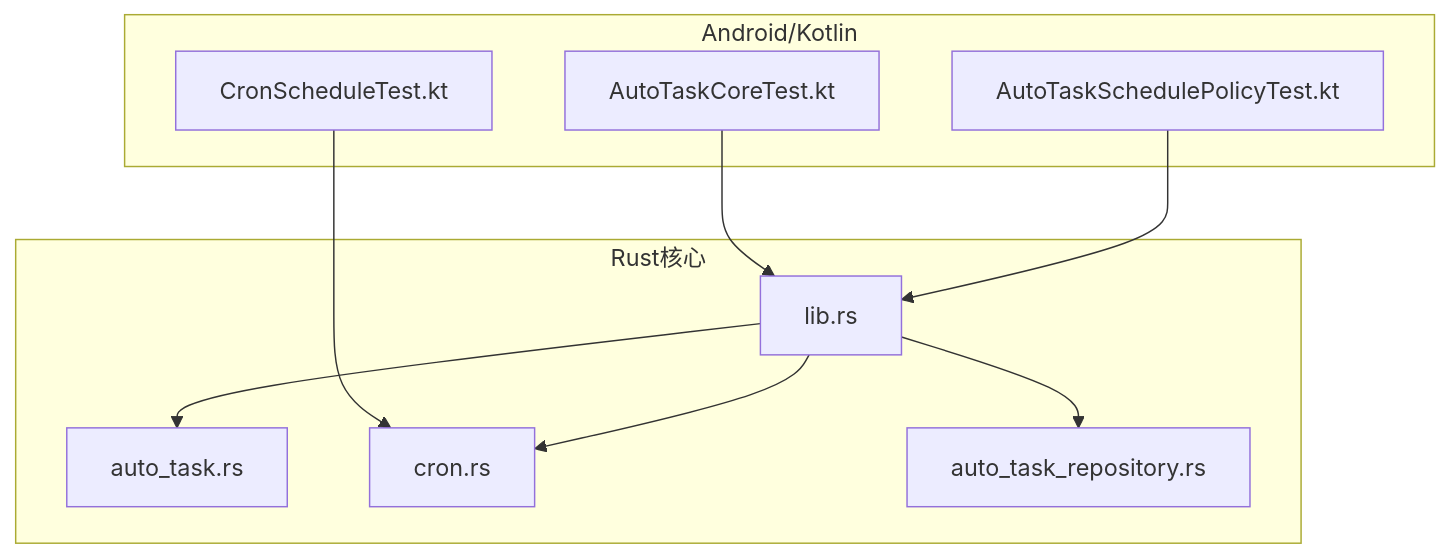
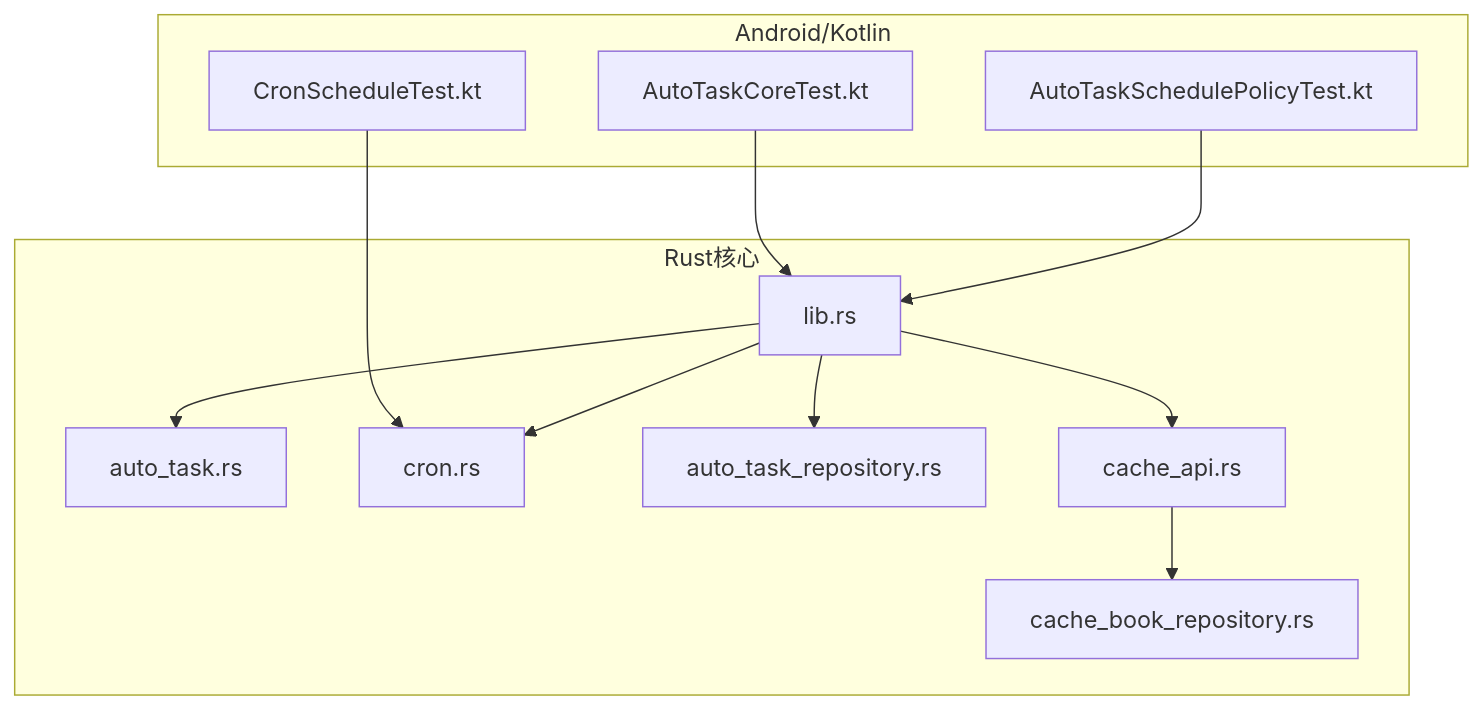
The first of 7 diagrams in .qoder/repowiki/zh/content/同步服务/自动任务调度.md (ZhangGHGitHub/LegadoTeamFlutter), drawn with Mermaid before and after one commit. The commit also changed other lines of this file and 173 other files, not shown here.

````diff
--- a/.qoder/repowiki/zh/content/同步服务/自动任务调度.md
+++ b/.qoder/repowiki/zh/content/同步服务/自动任务调度.md
@@ -34,20 +46,24 @@
 ```mermaid
 graph TB
 subgraph "Android/Kotlin"
 A["AutoTaskCoreTest.kt"]
 B["AutoTaskSchedulePolicyTest.kt"]
 C["CronScheduleTest.kt"]
 end
 subgraph "Rust核心"
 D["lib.rs"]
 E["auto_task.rs"]
 F["cron.rs"]
 G["auto_task_repository.rs"]
+H["cache_api.rs"]
+I["cache_book_repository.rs"]
 end
 A --> D
 B --> D
 C --> F
 D --> E
 D --> F
 D --> G
+D --> H
+H --> I
 ```
````
